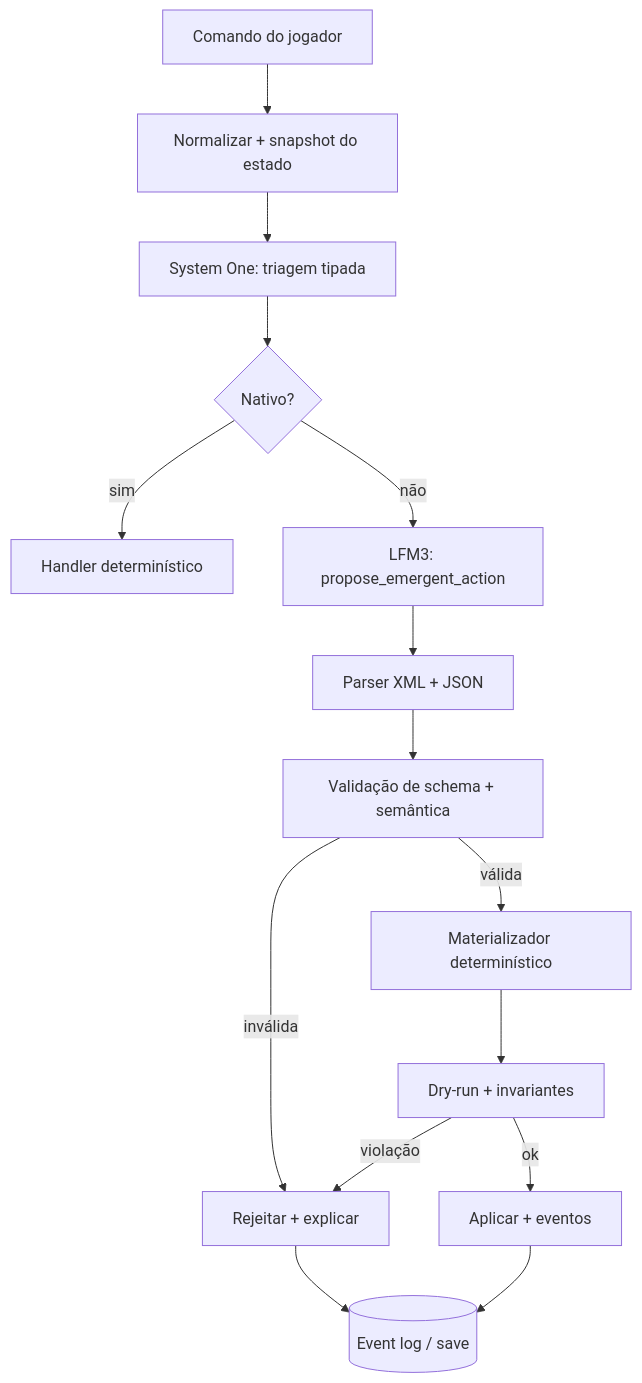
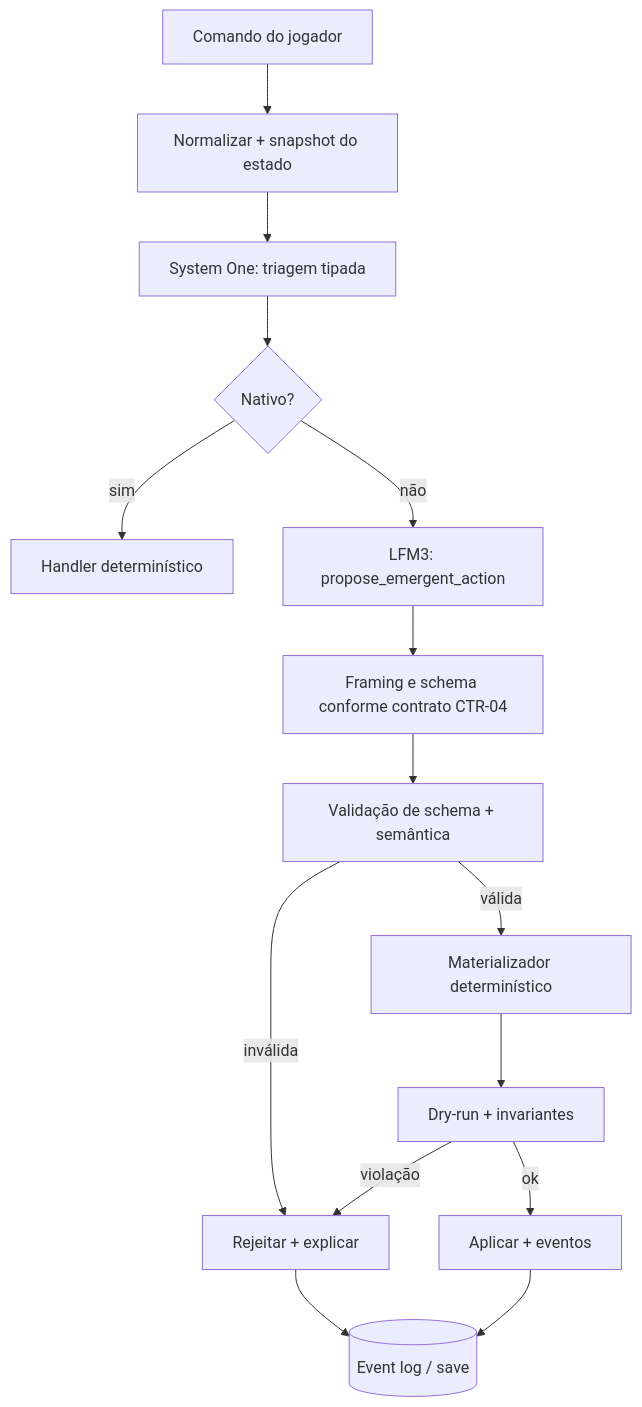
Before and after one commit to frederico-kluser/ai-fantasy: the third of 5 diagrams in docs/architecture/roadmap.md, drawn with Mermaid. The commit also changed other lines of this file and 115 other files, not shown here.

Commit message:
docs(plan): finalize roadmap and multi-agent execution prompts (#7)

````diff
--- a/docs/architecture/roadmap.md
+++ b/docs/architecture/roadmap.md
@@ -551,17 +632,17 @@
 ```mermaid
 flowchart TD
     IN[Comando do jogador] --> NORM[Normalizar + snapshot do estado]
     NORM --> SO[System One: triagem tipada]
     SO --> NAT{Nativo?}
     NAT -->|sim| CMD[Handler determinístico]
     NAT -->|não| PROP[LFM3: propose_emergent_action]
-    PROP --> PARSE[Parser XML + JSON]
+    PROP --> PARSE[Framing e schema conforme contrato CTR-04]
     PARSE --> VAL[Validação de schema + semântica]
     VAL -->|inválida| REJ[Rejeitar + explicar]
     VAL -->|válida| MAT[Materializador determinístico]
     MAT --> DRY[Dry-run + invariantes]
     DRY -->|violação| REJ
     DRY -->|ok| APPLY[Aplicar + eventos]
     APPLY --> STORE[(Event log / save)]
     REJ --> STORE
 ```
````
